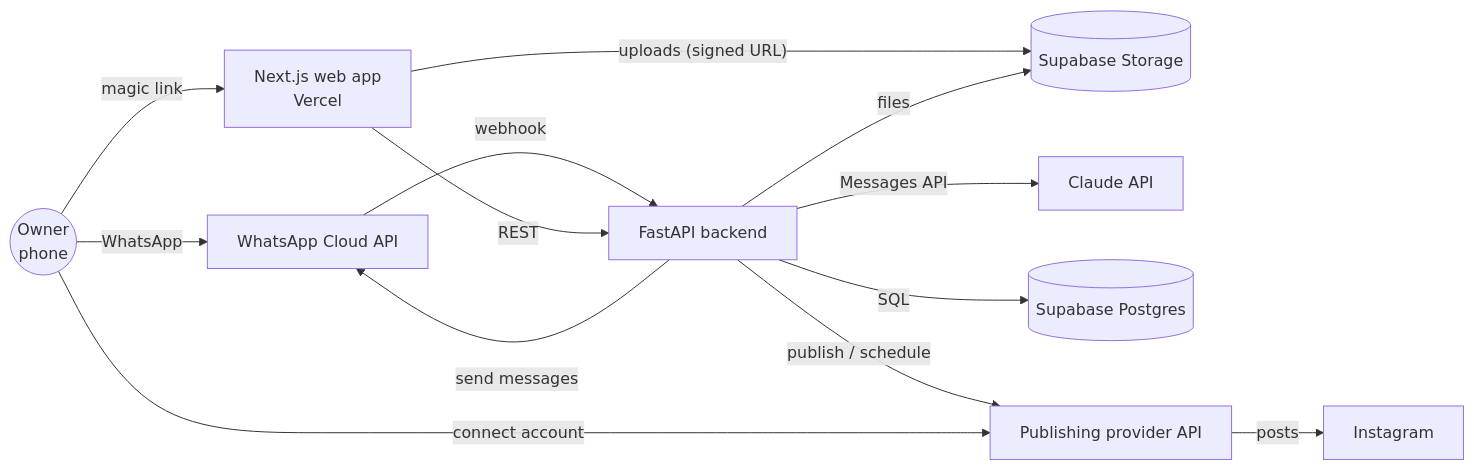
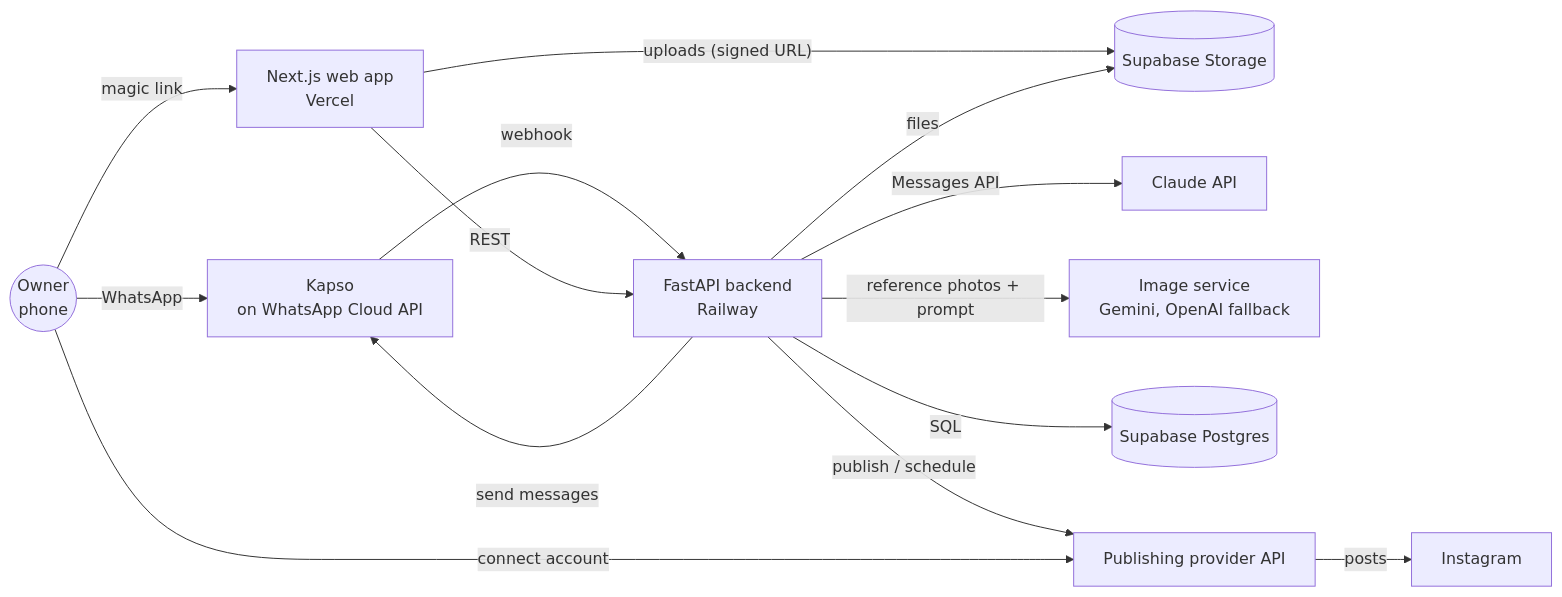
Before and after one commit to Dimple6114/build101: the first of 4 diagrams in docs/architecture/overview.md, drawn with Mermaid. The commit also changed other lines of this file and 66 other files, not shown here.

First line of the commit message:
docs: host on Railway, generate post images with Gemini, WhatsApp via Kapso (#13)

````diff
--- a/docs/architecture/overview.md
+++ b/docs/architecture/overview.md
@@ -5,15 +5,16 @@
 ```mermaid
 flowchart LR
-    Owner((Owner<br/>phone)) -- WhatsApp --> Meta[WhatsApp Cloud API]
+    Owner((Owner<br/>phone)) -- WhatsApp --> Kapso[Kapso<br/>on WhatsApp Cloud API]
     Owner -- magic link --> Web[Next.js web app<br/>Vercel]
-    Meta -- webhook --> API[FastAPI backend]
-    API -- send messages --> Meta
+    Kapso -- webhook --> API[FastAPI backend<br/>Railway]
+    API -- send messages --> Kapso
     Web -- REST --> API
     Web -- "uploads (signed URL)" --> Storage
     API -- Messages API --> Claude[Claude API]
+    API -- reference photos + prompt --> ImgGen[Image service<br/>Gemini, OpenAI fallback]
     API -- SQL --> DB[(Supabase Postgres)]
     API -- files --> Storage[(Supabase Storage)]
     API -- publish / schedule --> Pub[Publishing provider API]
     Pub -- posts --> IG[Instagram]
     Owner -- connect account --> Pub
 ```
````
